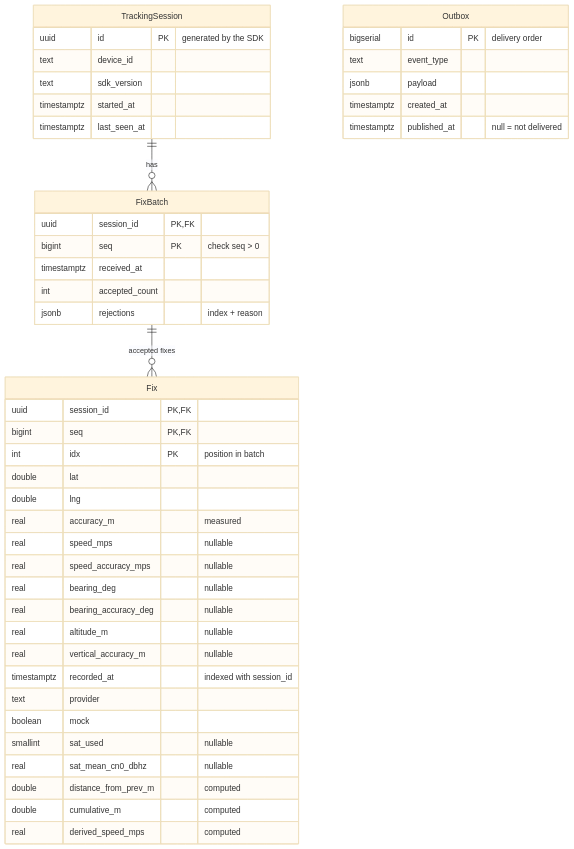
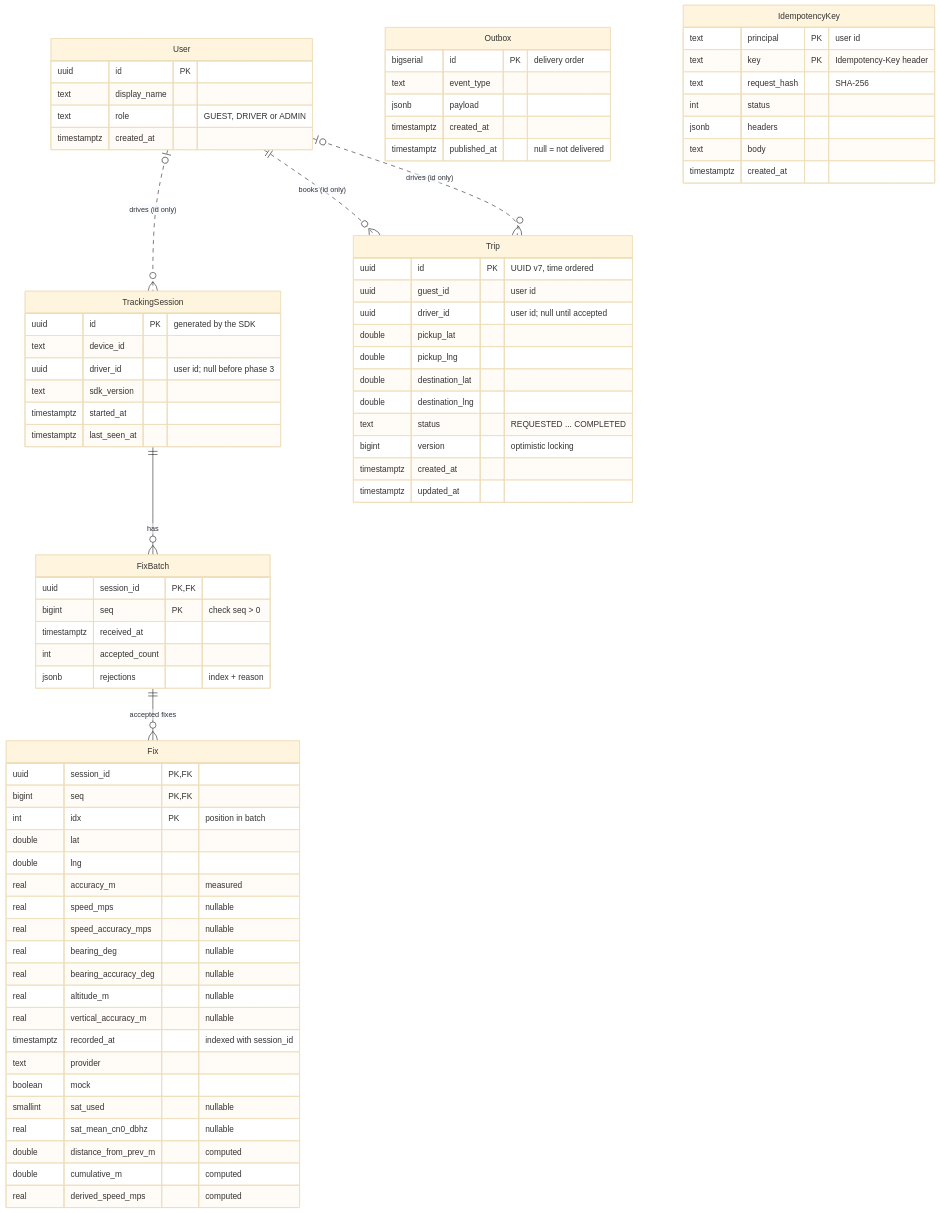
The diagram in docs/architecture/database.md (Veeci/RouteTrackingServer), drawn with Mermaid (base theme) before and after one commit. The commit also changed other lines of this file and 111 other files, not shown here.

First line of the commit message:
feat: phase 3 trips and live tracking (#11)

````diff
--- a/docs/architecture/database.md
+++ b/docs/architecture/database.md
@@ -30,48 +36,80 @@
 ```mermaid
 erDiagram
   TrackingSession ||--o{ FixBatch : "has"
   FixBatch ||--o{ Fix : "accepted fixes"
+  User |o..o{ TrackingSession : "drives (id only)"
+  User ||..o{ Trip : "books (id only)"
+  User |o..o{ Trip : "drives (id only)"
+  User {
+    uuid id PK
+    text display_name
+    text role "GUEST, DRIVER or ADMIN"
+    timestamptz created_at
+  }
   TrackingSession {
     uuid id PK "generated by the SDK"
     text device_id
+    uuid driver_id "user id; null before phase 3"
     text sdk_version
     timestamptz started_at
     timestamptz last_seen_at
   }
   FixBatch {
     uuid session_id PK, FK
     bigint seq PK "check seq > 0"
     timestamptz received_at
     int accepted_count
     jsonb rejections "index + reason"
   }
   Fix {
     uuid session_id PK, FK
     bigint seq PK, FK
     int idx PK "position in batch"
     double lat
     double lng
     real accuracy_m "measured"
     real speed_mps "nullable"
     real speed_accuracy_mps "nullable"
     real bearing_deg "nullable"
     real bearing_accuracy_deg "nullable"
     real altitude_m "nullable"
     real vertical_accuracy_m "nullable"
     timestamptz recorded_at "indexed with session_id"
     text provider
     boolean mock
     smallint sat_used "nullable"
     real sat_mean_cn0_dbhz "nullable"
     double distance_from_prev_m "computed"
     double cumulative_m "computed"
     real derived_speed_mps "computed"
   }
+  Trip {
+    uuid id PK "UUID v7, time ordered"
+    uuid guest_id "user id"
+    uuid driver_id "user id; null until accepted"
+    double pickup_lat
+    double pickup_lng
+    double destination_lat
+    double destination_lng
+    text status "REQUESTED ... COMPLETED"
+    bigint version "optimistic locking"
+    timestamptz created_at
+    timestamptz updated_at
+  }
   Outbox {
     bigserial id PK "delivery order"
     text event_type
     jsonb payload
     timestamptz created_at
     timestamptz published_at "null = not delivered"
   }
+  IdempotencyKey {
+    text principal PK "user id"
+    text key PK "Idempotency-Key header"
+    text request_hash "SHA-256"
+    int status
+    jsonb headers
+    text body
+    timestamptz created_at
+  }
 ```
````
